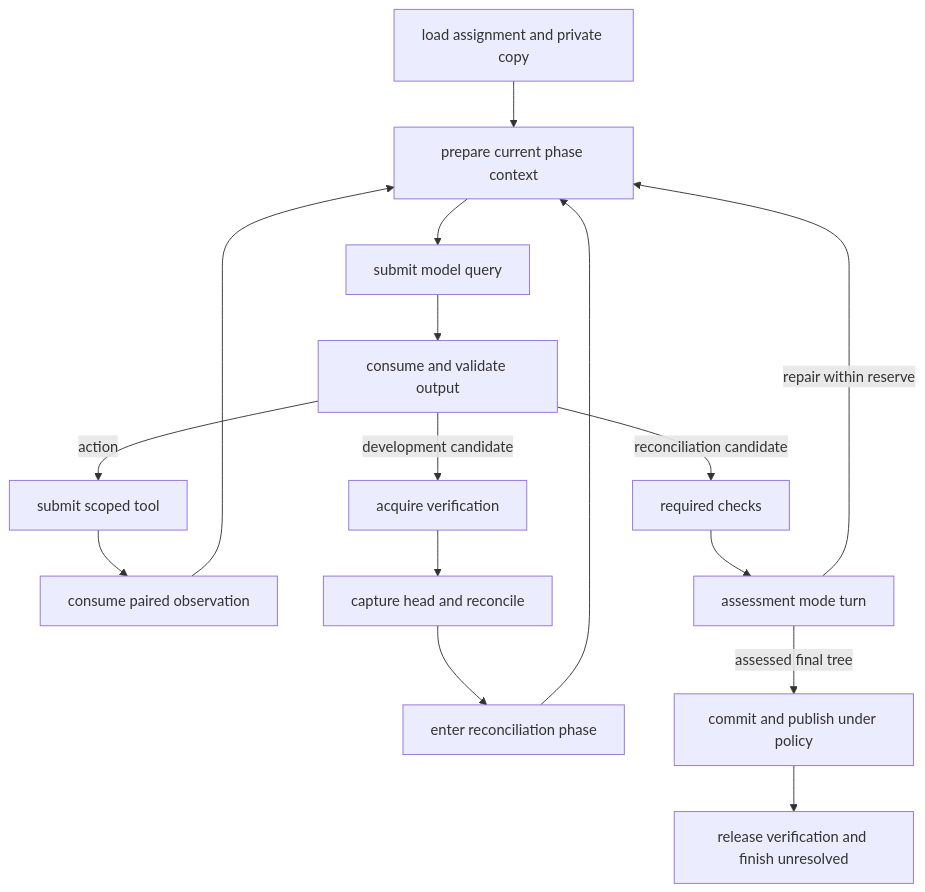
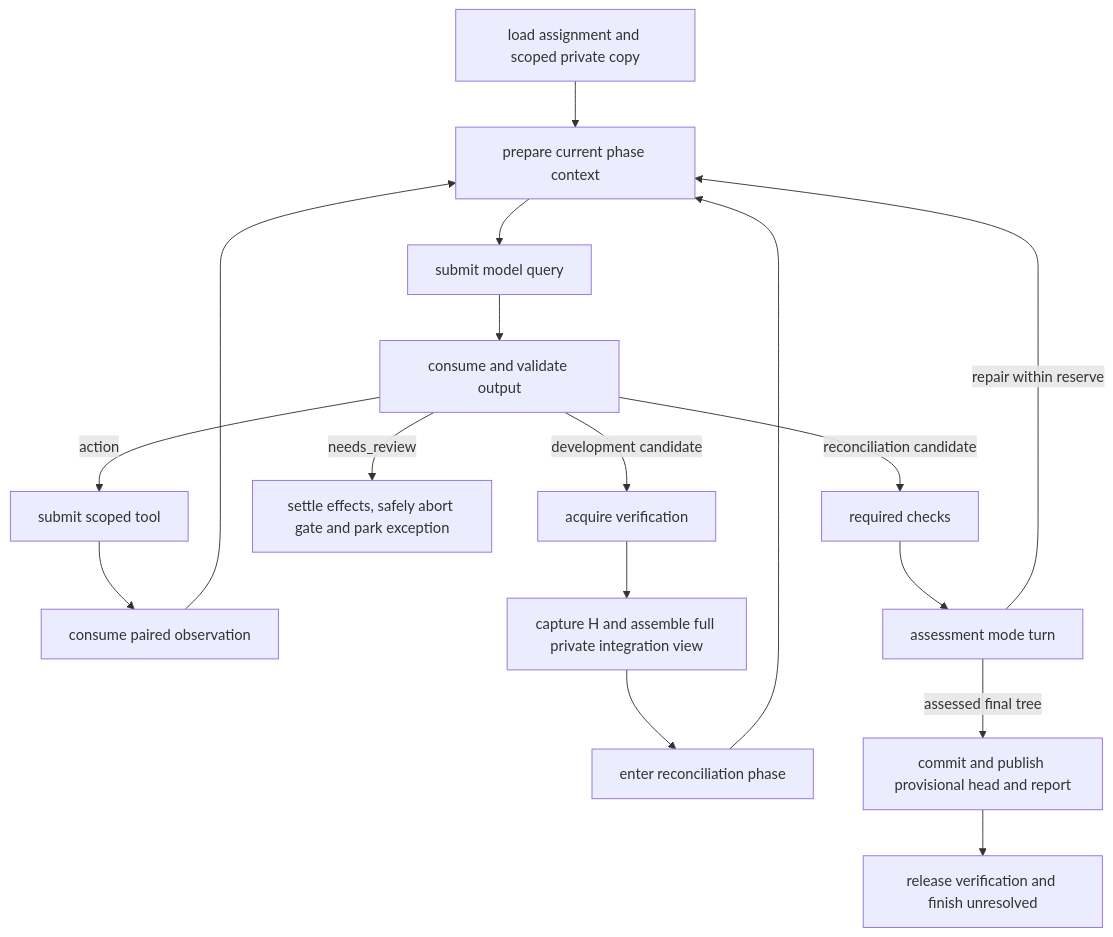
The third of 3 diagrams in design-docs/langgraph-agent/README.md (demonking-mw/polyinference), drawn with Mermaid before and after one commit. The commit also changed other lines of this file and 22 other files, not shown here.

````diff
--- a/design-docs/langgraph-agent/README.md
+++ b/design-docs/langgraph-agent/README.md
@@ -124,18 +138,19 @@
 ```mermaid
 flowchart TD
-    L[load assignment and private copy] --> P[prepare current phase context]
+    L[load assignment and scoped private copy] --> P[prepare current phase context]
     P --> M[submit model query]
     M --> N[consume and validate output]
     N -->|action| T[submit scoped tool]
     T --> O[consume paired observation]
     O --> P
     N -->|development candidate| G[acquire verification]
-    G --> H[capture head and reconcile]
+    N -->|needs_review| J[settle effects, safely abort gate and park exception]
+    G --> H[capture H and assemble full private integration view]
     H --> K[enter reconciliation phase]
     K --> P
     N -->|reconciliation candidate| X[required checks]
     X --> Y[assessment mode turn]
     Y -->|repair within reserve| P
-    Y -->|assessed final tree| C[commit and publish under policy]
+    Y -->|assessed final tree| C[commit and publish provisional head and report]
     C --> Z[release verification and finish unresolved]
 ```
````
